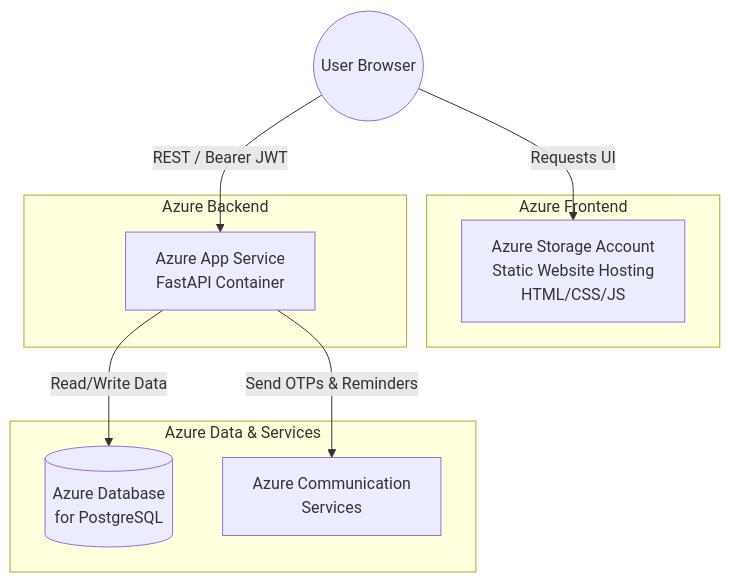
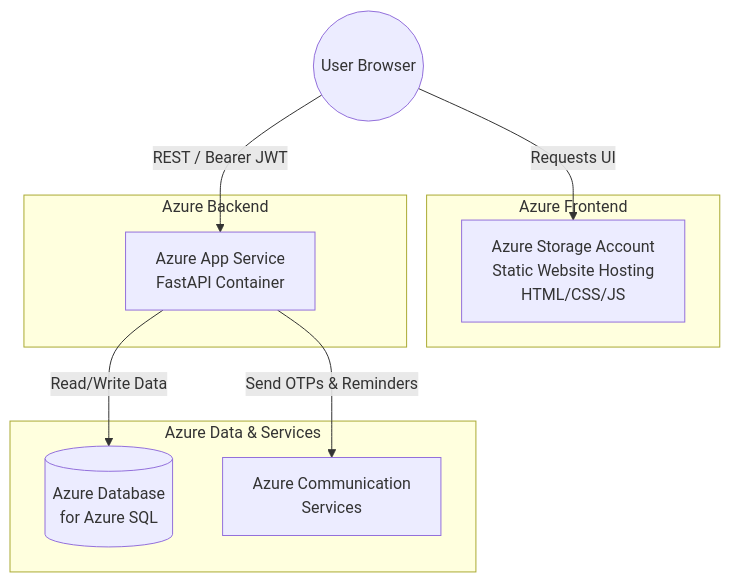
One commit to Dhruv-Puri/2nd-year-Internship changed the diagram in README.md. Above: the diagram before and after it, drawn with Mermaid. The commit also changed other lines of this file, not shown here.

````diff
--- a/README.md
+++ b/README.md
@@ -43,19 +43,19 @@
 ```mermaid
 graph TD
     User((User Browser))
     subgraph Azure Frontend
         SWA[Azure Storage Account<br/>Static Website Hosting<br/>HTML/CSS/JS]
     end
     subgraph Azure Backend
         API[Azure App Service<br/>FastAPI Container]
     end
     subgraph Azure Data & Services
-        DB[(Azure Database<br/>for PostgreSQL)]
+        DB[(Azure Database<br/>for Azure SQL)]
         ACS[Azure Communication<br/>Services]
     end
 
     User -->|Requests UI| SWA
     User -->|REST / Bearer JWT| API
     API -->|Read/Write Data| DB
     API -->|Send OTPs & Reminders| ACS
 ```
````
